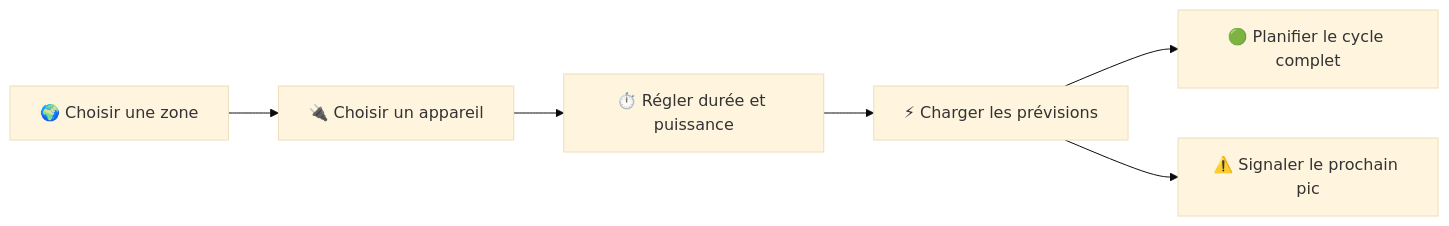
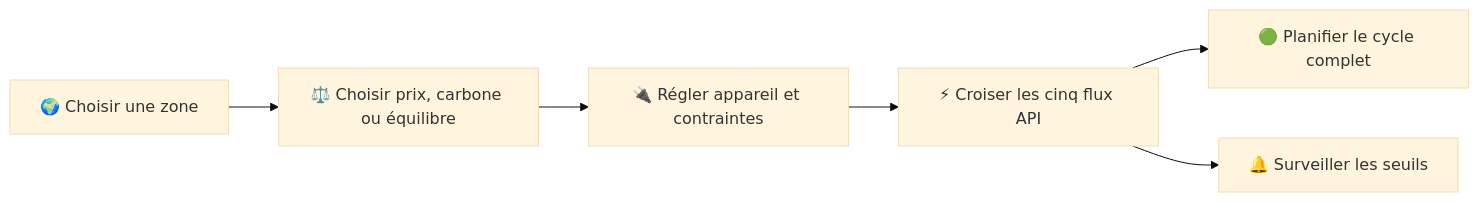
One commit to nouhailler/Electror changed the first of 2 diagrams in README.md. Above: the diagram before and after it, drawn with Mermaid (base theme). The commit also changed other lines of this file and 31 other files, not shown here.

````diff
--- a/README.md
+++ b/README.md
@@ -77,8 +86,8 @@
 ```mermaid
 flowchart LR
-  A[🌍 Choisir une zone] --> B[🔌 Choisir un appareil]
-  B --> C[⏱️ Régler durée et puissance]
-  C --> D[⚡ Charger les prévisions]
+  A[🌍 Choisir une zone] --> B[⚖️ Choisir prix, carbone ou équilibre]
+  B --> C[🔌 Régler appareil et contraintes]
+  C --> D[⚡ Croiser les cinq flux API]
   D --> E[🟢 Planifier le cycle complet]
-  D --> F[⚠️ Signaler le prochain pic]
+  D --> F[🔔 Surveiller les seuils]
 ```
````
